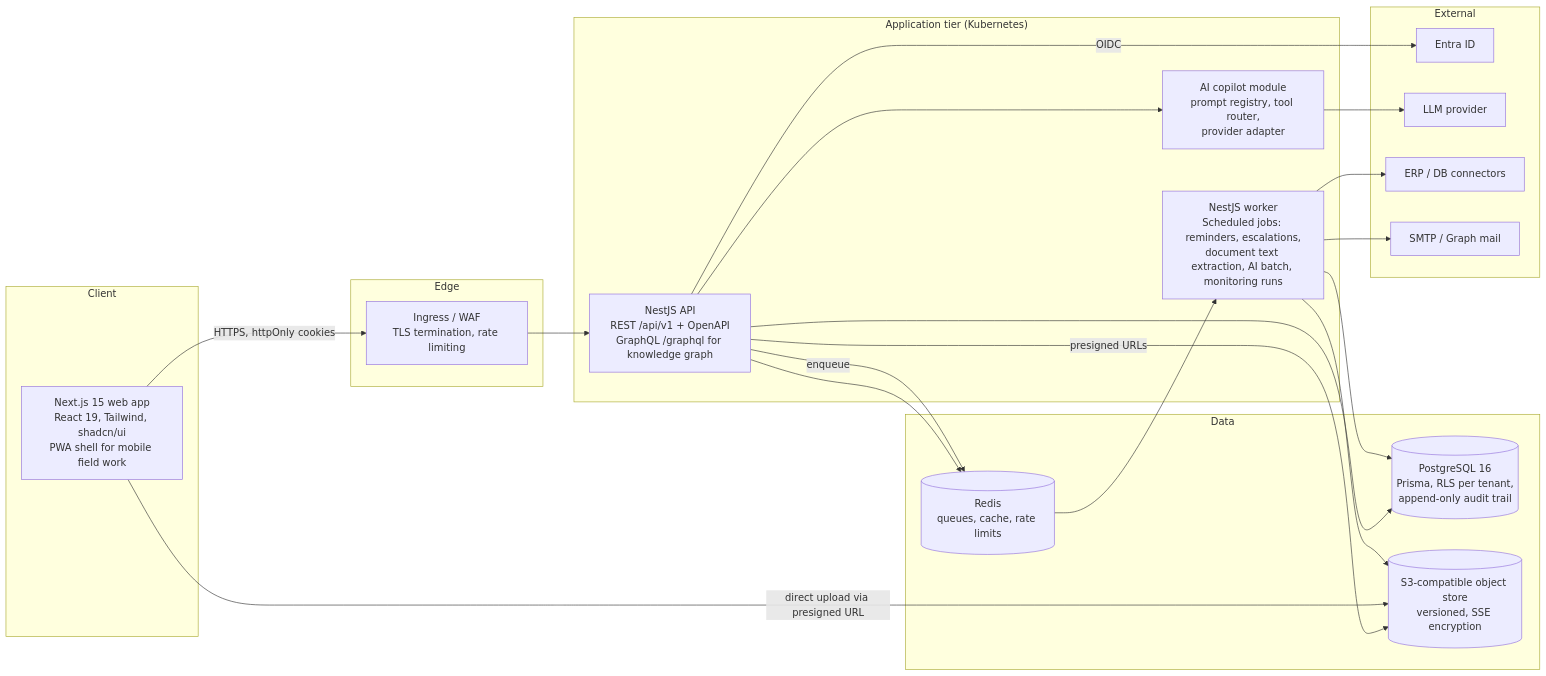
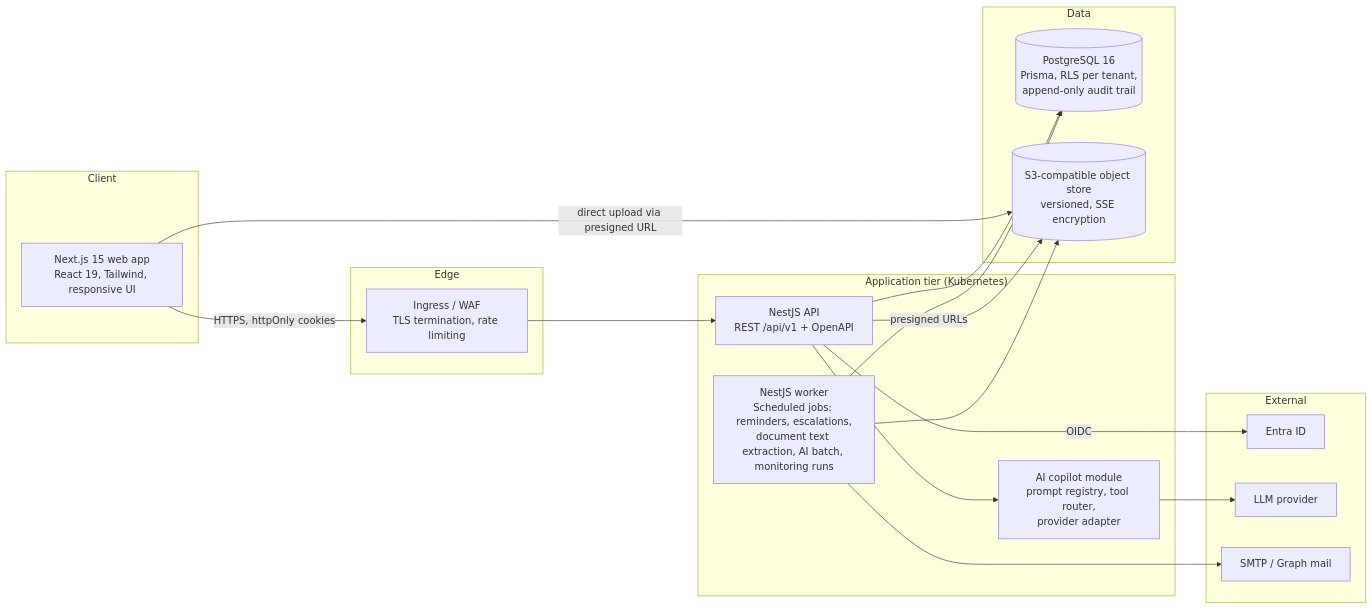
Before and after one commit to StephenWatulo/BDO_AuditSphere: the second of 4 diagrams in docs/01-architecture.md, drawn with Mermaid. The commit also changed other lines of this file and 118 other files, not shown here.

````diff
--- a/docs/01-architecture.md
+++ b/docs/01-architecture.md
@@ -32,37 +31,32 @@
 ```mermaid
 flowchart LR
   subgraph Client
-    WEB[Next.js 15 web app<br/>React 19, Tailwind, shadcn/ui<br/>PWA shell for mobile field work]
+    WEB[Next.js 15 web app<br/>React 19, Tailwind, responsive UI]
   end
   subgraph Edge
     ING[Ingress / WAF<br/>TLS termination, rate limiting]
   end
   subgraph Core["Application tier (Kubernetes)"]
-    API[NestJS API<br/>REST /api/v1 + OpenAPI<br/>GraphQL /graphql for knowledge graph]
+    API[NestJS API<br/>REST /api/v1 + OpenAPI]
     WORKER[NestJS worker<br/>Scheduled jobs: reminders, escalations,<br/>document text extraction, AI batch, monitoring runs]
     AI[AI copilot module<br/>prompt registry, tool router,<br/>provider adapter]
   end
   subgraph Data
     PG[(PostgreSQL 16<br/>Prisma, RLS per tenant,<br/>append-only audit trail)]
-    REDIS[(Redis<br/>queues, cache, rate limits)]
     OBJ[(S3-compatible object store<br/>versioned, SSE encryption)]
   end
   subgraph External
     ENTRA[Entra ID]
     LLM[LLM provider]
-    ERP[ERP / DB connectors]
     SMTP[SMTP / Graph mail]
   end
   WEB -->|HTTPS, httpOnly cookies| ING --> API
   API --> PG
-  API --> REDIS
   API -->|presigned URLs| OBJ
   WEB -->|direct upload via presigned URL| OBJ
   API --> AI --> LLM
-  API -->|enqueue| REDIS --> WORKER
   WORKER --> PG
   WORKER --> OBJ
-  WORKER --> ERP
   WORKER --> SMTP
   API -->|OIDC| ENTRA
 ```
````
